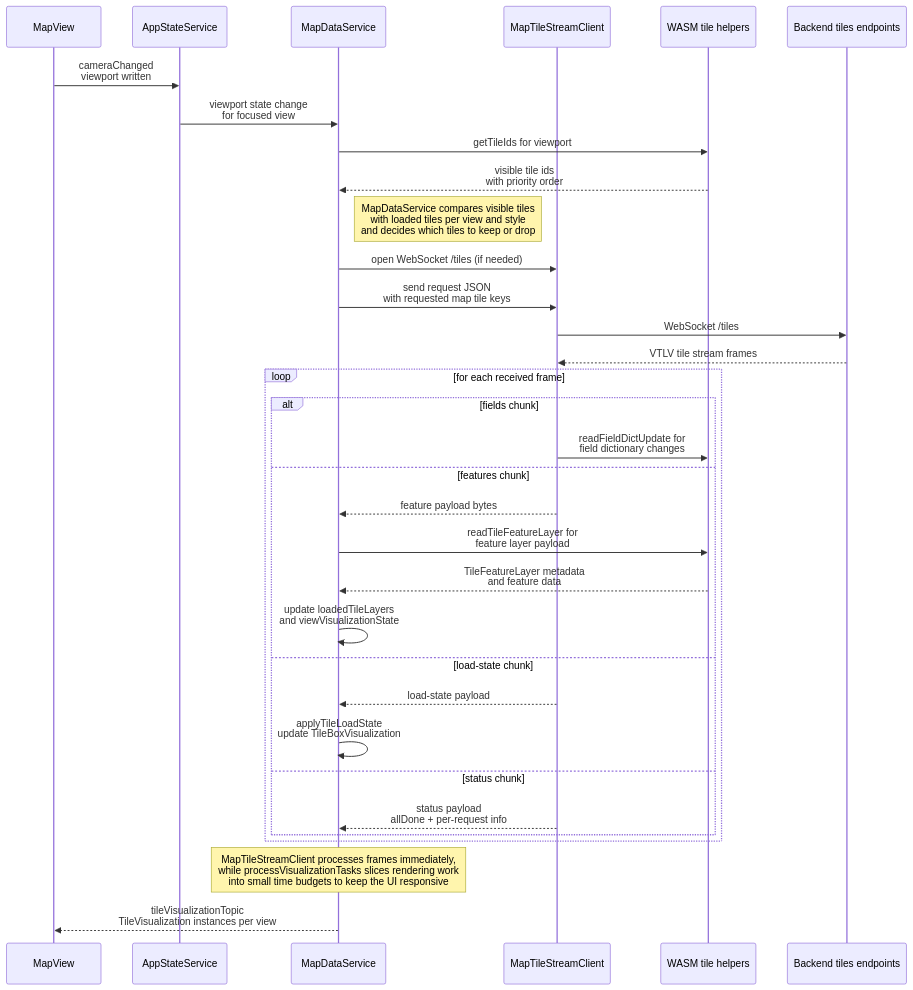
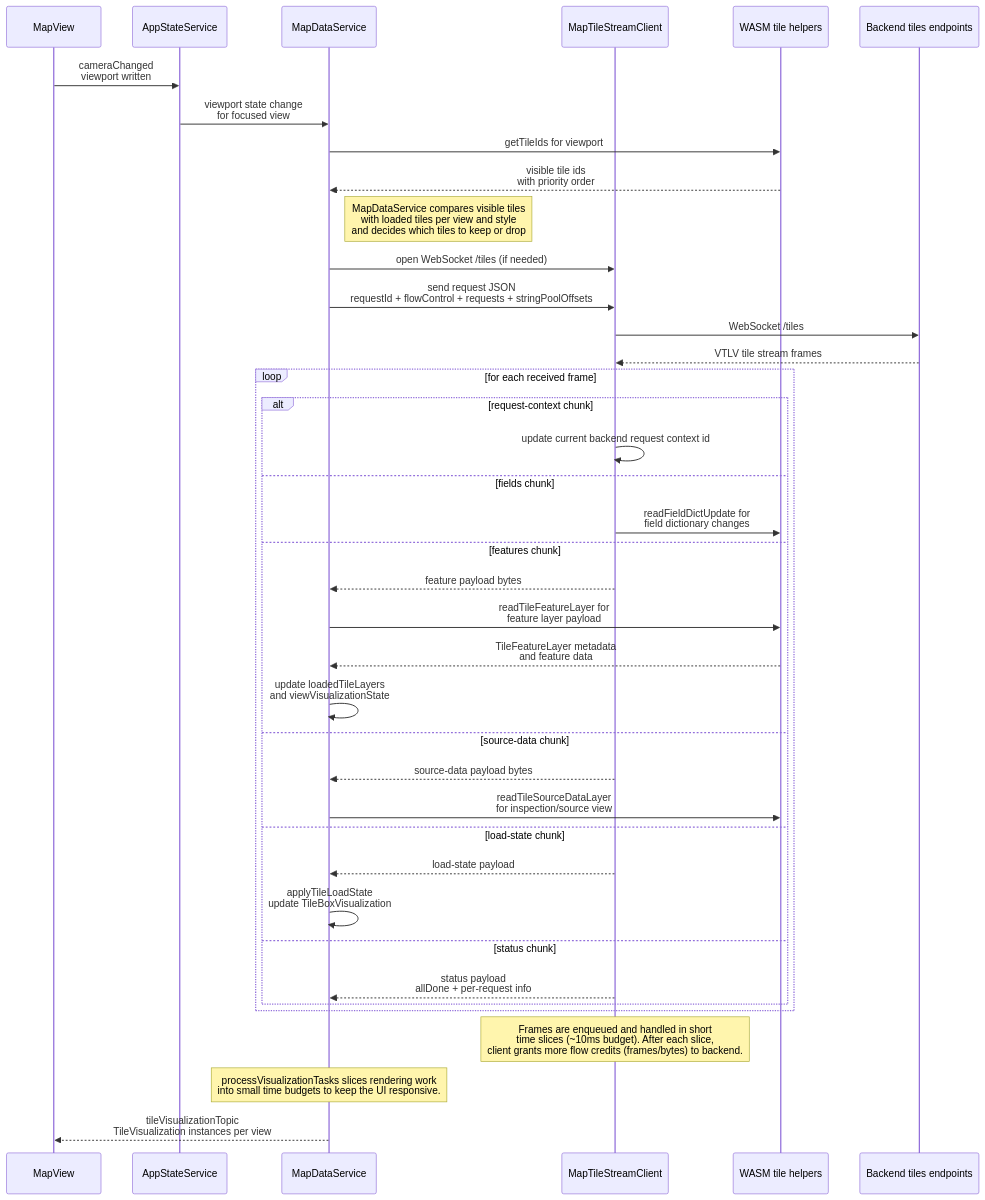
The seventh of 10 diagrams in docs/erdblick-dev-guide.md (ndsev/erdblick), drawn with Mermaid before and after one commit. The commit also changed other lines of this file, not shown here.

````diff
--- a/docs/erdblick-dev-guide.md
+++ b/docs/erdblick-dev-guide.md
@@ -296,41 +296,47 @@
 ```mermaid
 sequenceDiagram
   participant View as MapView
   participant State as AppStateService
   participant MapSvc as MapDataService
   participant TilesWS as MapTileStreamClient
   participant Core as WASM tile helpers
   participant Backend as Backend tiles endpoints
 
   View->>State: cameraChanged<br>viewport written
   State->>MapSvc: viewport state change<br>for focused view
   MapSvc->>Core: getTileIds for viewport
   Core-->>MapSvc: visible tile ids<br>with priority order
 
   Note right of MapSvc: MapDataService compares visible tiles<br>with loaded tiles per view and style<br>and decides which tiles to keep or drop
 
   MapSvc->>TilesWS: open WebSocket /tiles (if needed)
-  MapSvc->>TilesWS: send request JSON<br>with requested map tile keys
+  MapSvc->>TilesWS: send request JSON<br>requestId + flowControl + requests + stringPoolOffsets
   TilesWS->>Backend: WebSocket /tiles
   Backend-->>TilesWS: VTLV tile stream frames
 
   loop for each received frame
-    alt fields chunk
+    alt request-context chunk
+      TilesWS->>TilesWS: update current backend request context id
+    else fields chunk
       TilesWS->>Core: readFieldDictUpdate for<br>field dictionary changes
     else features chunk
       TilesWS-->>MapSvc: feature payload bytes
       MapSvc->>Core: readTileFeatureLayer for<br>feature layer payload
       Core-->>MapSvc: TileFeatureLayer metadata<br>and feature data
       MapSvc->>MapSvc: update loadedTileLayers<br>and viewVisualizationState
+    else source-data chunk
+      TilesWS-->>MapSvc: source-data payload bytes
+      MapSvc->>Core: readTileSourceDataLayer<br>for inspection/source view
     else load-state chunk
       TilesWS-->>MapSvc: load-state payload
       MapSvc->>MapSvc: applyTileLoadState<br>update TileBoxVisualization
     else status chunk
       TilesWS-->>MapSvc: status payload<br>allDone + per-request info
     end
   end
 
-  Note over MapSvc: MapTileStreamClient processes frames immediately,<br>while processVisualizationTasks slices rendering work<br>into small time budgets to keep the UI responsive
+  Note over TilesWS: Frames are enqueued and handled in short<br>time slices (~10ms budget). After each slice,<br>client grants more flow credits (frames/bytes) to backend.
+  Note over MapSvc: processVisualizationTasks slices rendering work<br>into small time budgets to keep the UI responsive.
 
   MapSvc-->>View: tileVisualizationTopic<br>TileVisualization instances per view
 ```
````
